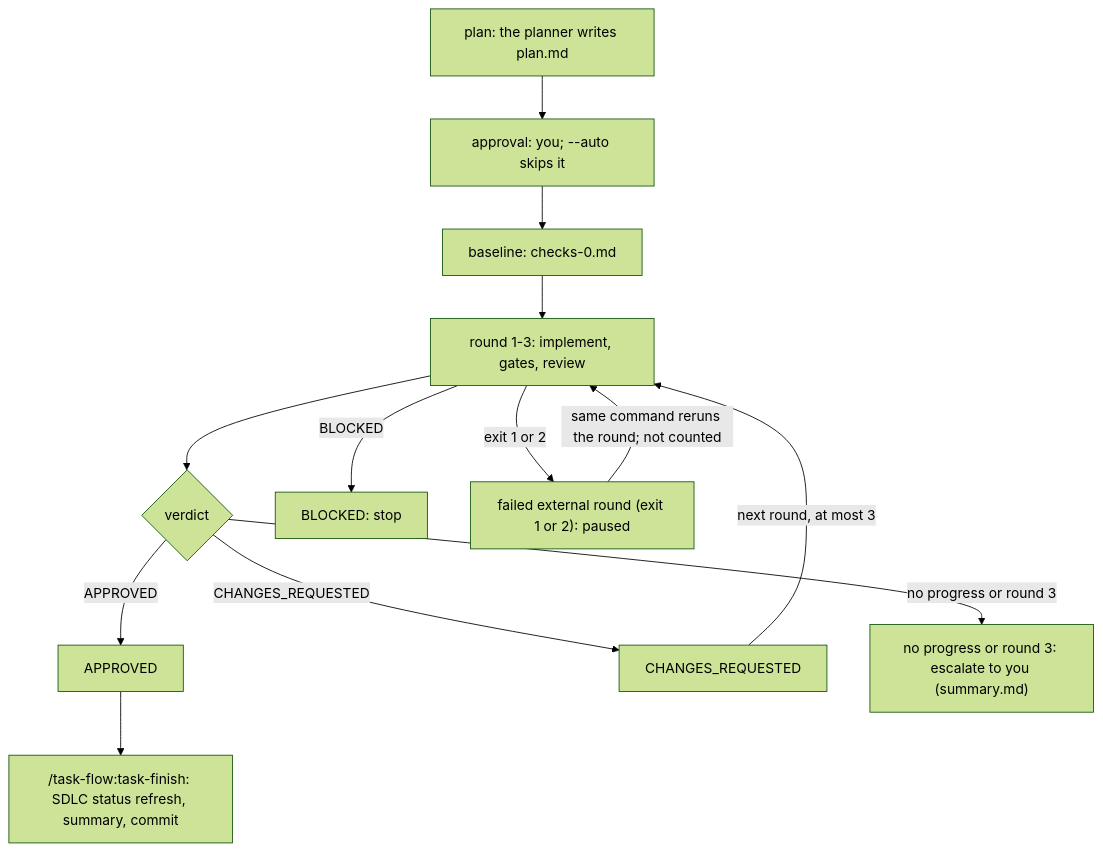
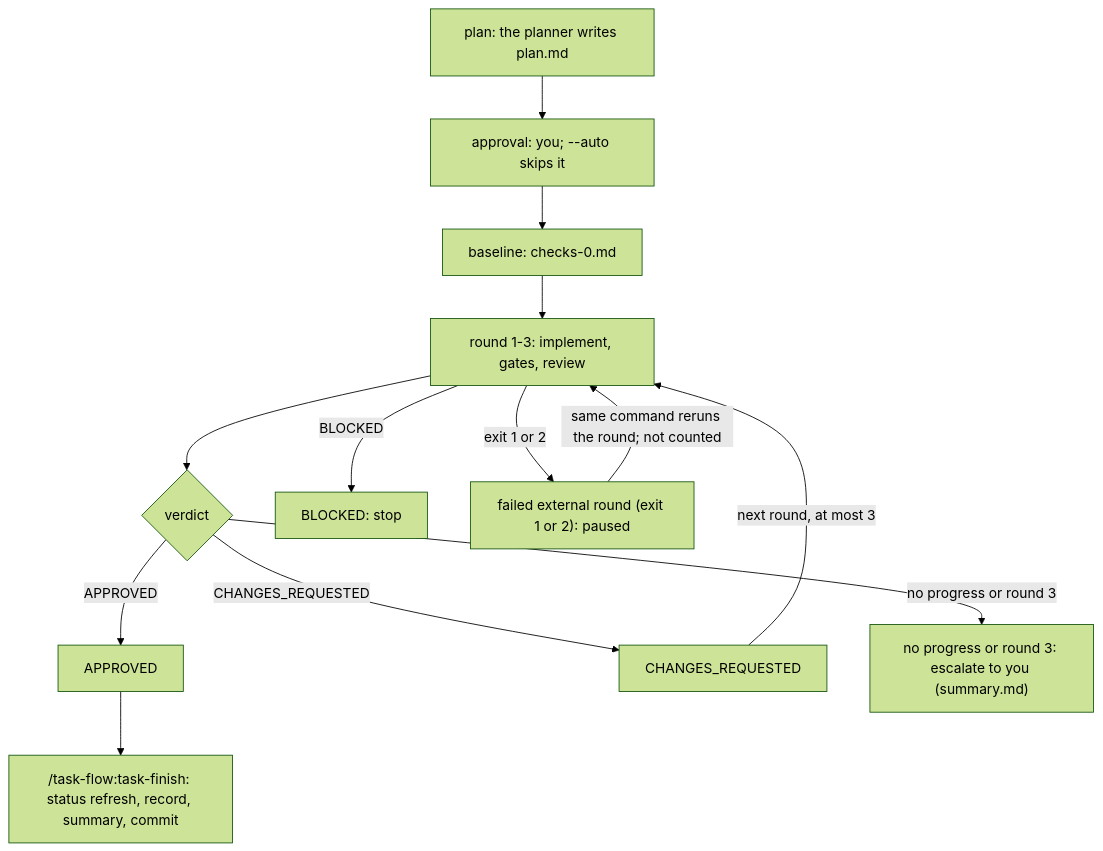
Before and after one commit to jakos/claude-baseline: the third of 3 diagrams in README.md, drawn with Mermaid (forest theme). The commit also changed 14 other files, not shown here.

First line of the commit message:
feat(task-flow): add an opt-in finish record and commit trailers

````diff
--- a/README.md
+++ b/README.md
@@ -105,26 +105,26 @@
 ```mermaid
 flowchart TD
   plan["plan: the planner writes plan.md"]
   approve["approval: you; --auto skips it"]
   base["baseline: checks-0.md"]
   round["round 1-3: implement, gates, review"]
   verdict{"verdict"}
   approved["APPROVED"]
-  finish["/task-flow:task-finish: SDLC status refresh, summary, commit"]
+  finish["/task-flow:task-finish: status refresh, record, summary, commit"]
   changes["CHANGES_REQUESTED"]
   escalate["no progress or round 3: escalate to you (summary.md)"]
   blocked["BLOCKED: stop"]
   paused["failed external round (exit 1 or 2): paused"]
   plan --> approve
   approve --> base
   base --> round
   round --> verdict
   verdict -->|"APPROVED"| approved
   approved --> finish
   verdict -->|"CHANGES_REQUESTED"| changes
   changes -->|"next round, at most 3"| round
   verdict -->|"no progress or round 3"| escalate
   round -->|"BLOCKED"| blocked
   round -->|"exit 1 or 2"| paused
   paused -->|"same command reruns the round; not counted"| round
 ```
````
